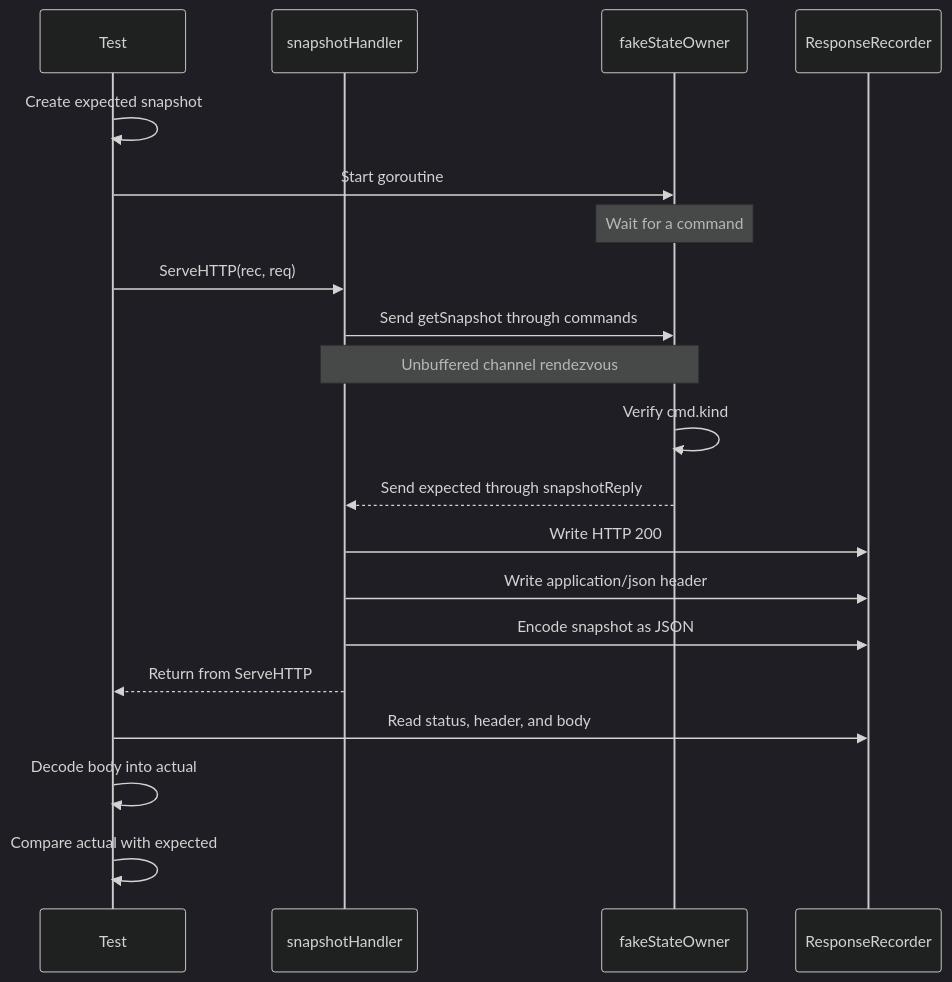
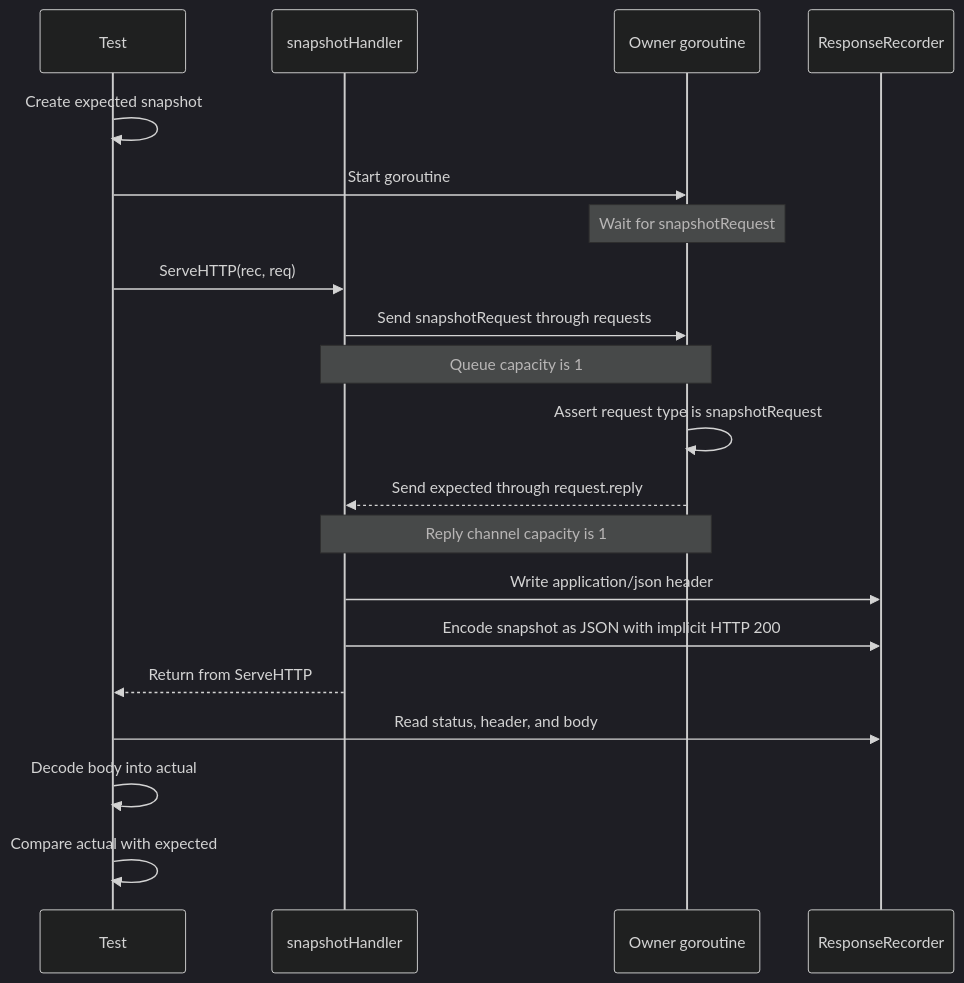
One commit to PainChopper/ingestion-lab-loadgen changed the diagram in docs/snapshot-handler-test-sequence.md. Above: the diagram before and after it, drawn with Mermaid (dark theme). The commit also changed other lines of this file and 15 other files, not shown here.

````diff
--- a/docs/snapshot-handler-test-sequence.md
+++ b/docs/snapshot-handler-test-sequence.md
@@ -5,27 +5,27 @@
 ```mermaid
 sequenceDiagram
     participant Test as Test
     participant Handler as snapshotHandler
-    participant Owner as fakeStateOwner
+    participant Owner as Owner goroutine
     participant Recorder as ResponseRecorder
 
     Test->>Test: Create expected snapshot
     Test->>Owner: Start goroutine
-    Note over Owner: Wait for a command
+    Note over Owner: Wait for snapshotRequest
 
     Test->>Handler: ServeHTTP(rec, req)
-    Handler->>Owner: Send getSnapshot through commands
-    Note over Handler,Owner: Unbuffered channel rendezvous
+    Handler->>Owner: Send snapshotRequest through requests
+    Note over Handler,Owner: Queue capacity is 1
 
-    Owner->>Owner: Verify cmd.kind
-    Owner-->>Handler: Send expected through snapshotReply
+    Owner->>Owner: Assert request type is snapshotRequest
+    Owner-->>Handler: Send expected through request.reply
+    Note over Handler,Owner: Reply channel capacity is 1
 
-    Handler->>Recorder: Write HTTP 200
     Handler->>Recorder: Write application/json header
-    Handler->>Recorder: Encode snapshot as JSON
+    Handler->>Recorder: Encode snapshot as JSON with implicit HTTP 200
     Handler-->>Test: Return from ServeHTTP
 
     Test->>Recorder: Read status, header, and body
     Test->>Test: Decode body into actual
     Test->>Test: Compare actual with expected
 ```
````
